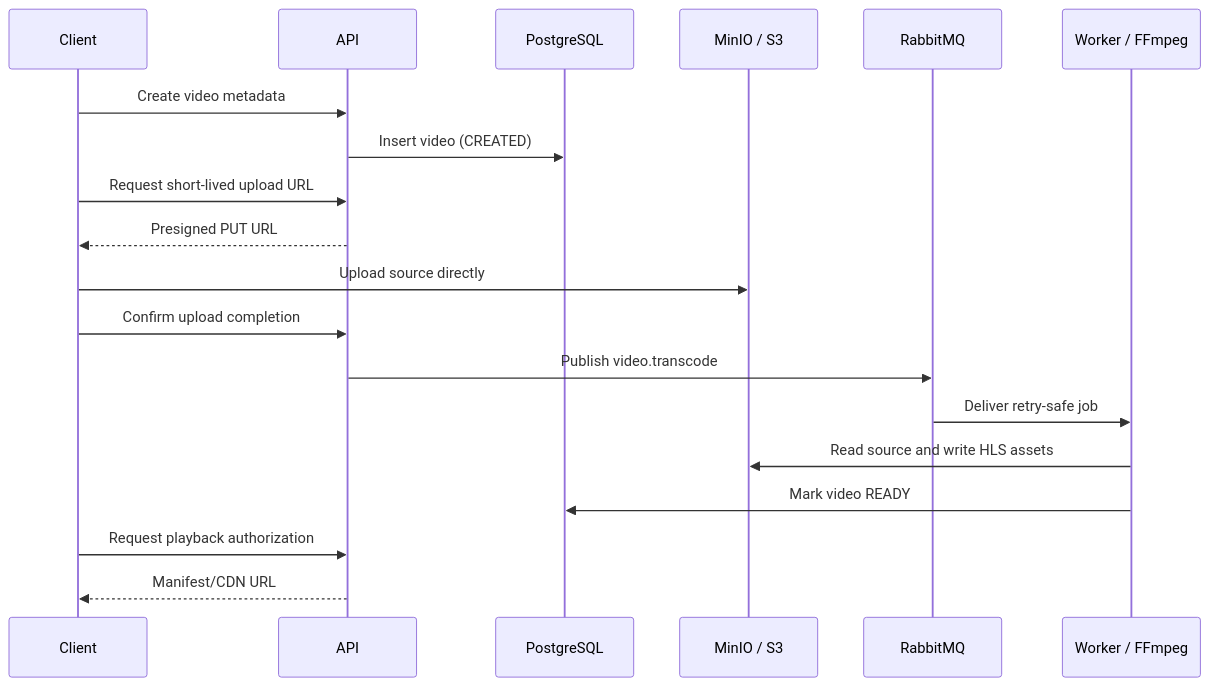
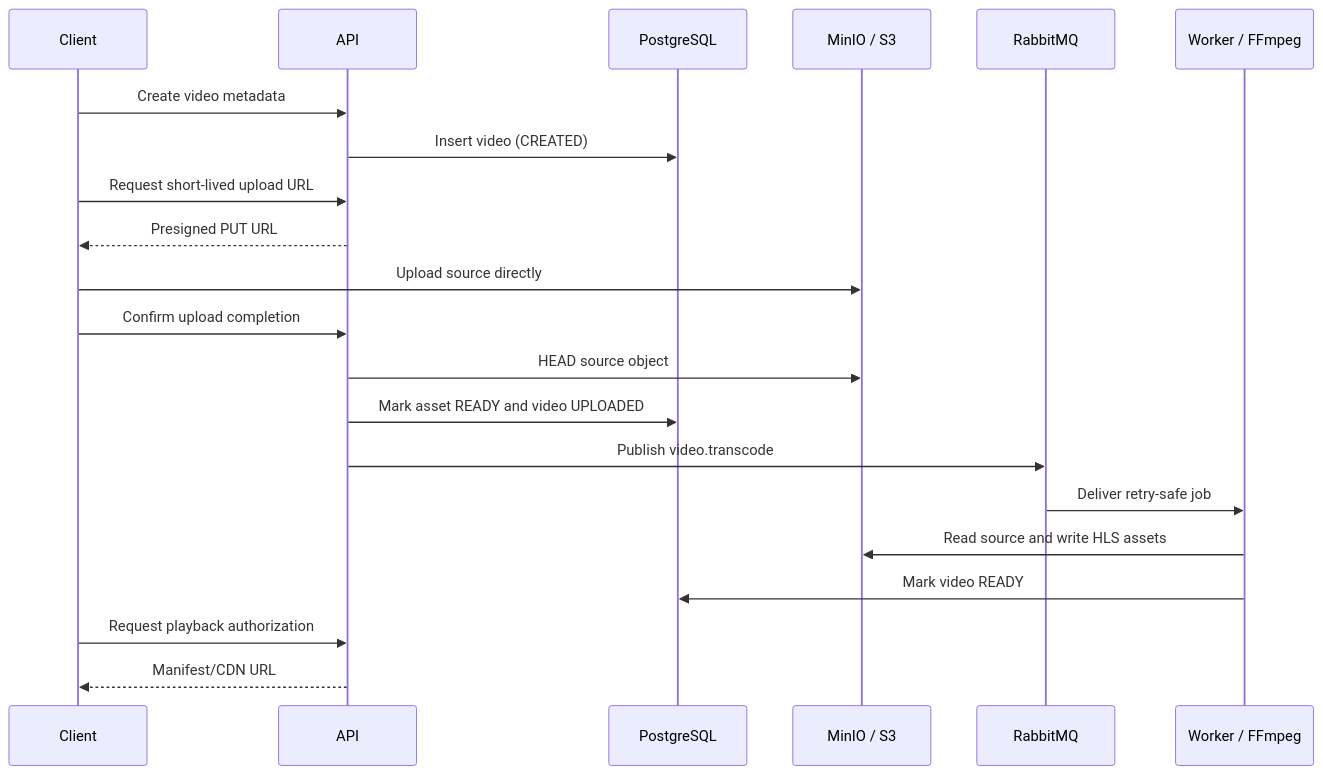
Before and after one commit to Singatha/stream-forge: the second of 2 diagrams in README.md, drawn with Mermaid. The commit also changed other lines of this file and 20 other files, not shown here.

````diff
--- a/README.md
+++ b/README.md
@@ -57,21 +63,23 @@
 ```mermaid
 sequenceDiagram
     participant C as Client
     participant A as API
     participant D as PostgreSQL
     participant O as MinIO / S3
     participant Q as RabbitMQ
     participant W as Worker / FFmpeg
     C->>A: Create video metadata
     A->>D: Insert video (CREATED)
     C->>A: Request short-lived upload URL
     A-->>C: Presigned PUT URL
     C->>O: Upload source directly
     C->>A: Confirm upload completion
+    A->>O: HEAD source object
+    A->>D: Mark asset READY and video UPLOADED
     A->>Q: Publish video.transcode
     Q->>W: Deliver retry-safe job
     W->>O: Read source and write HLS assets
     W->>D: Mark video READY
     C->>A: Request playback authorization
     A-->>C: Manifest/CDN URL
 ```
````
